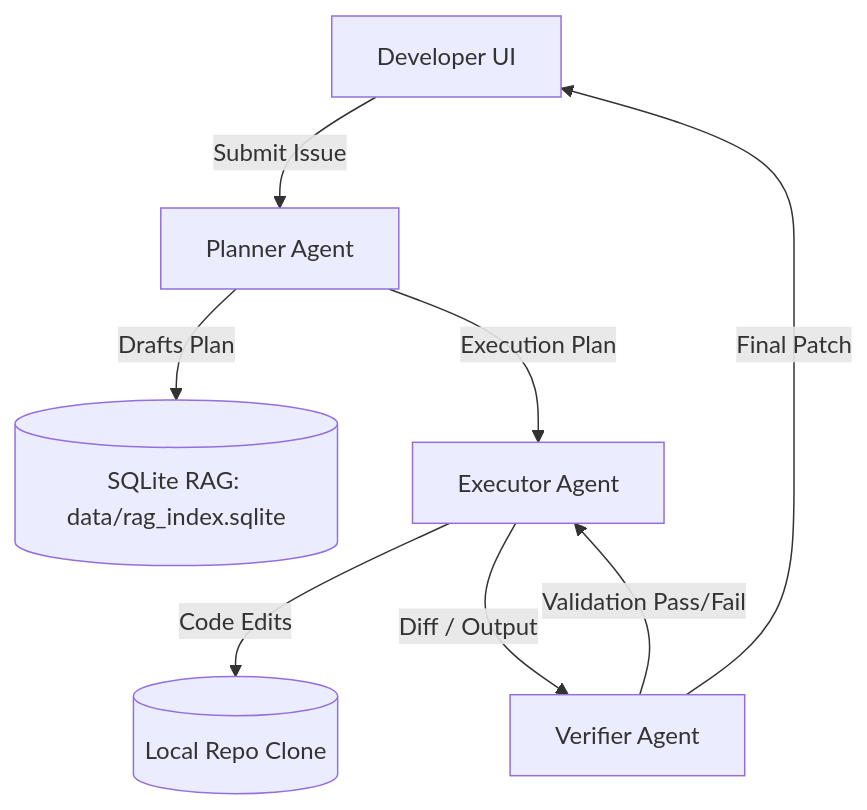
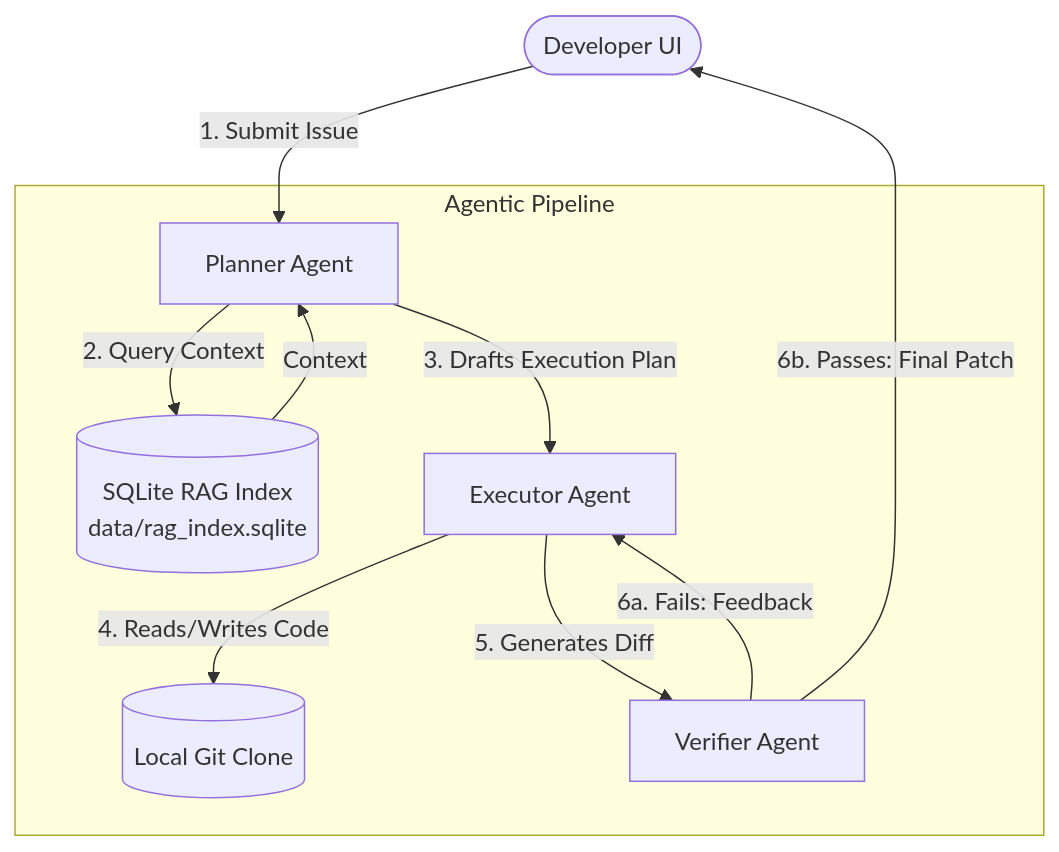
One commit to nik-shar/taskchain-orchestrator changed the diagram in README.md. Above: the diagram before and after it, drawn with Mermaid. The commit also changed other lines of this file, not shown here.

````diff
--- a/README.md
+++ b/README.md
@@ -30,10 +41,17 @@
 ```mermaid
 graph TD
-    User[Developer UI] -->|Submit Issue| Planner[Planner Agent]
-    Planner -->|Drafts Plan| DB[(SQLite RAG: data/rag_index.sqlite)]
-    Planner -->|Execution Plan| Executor[Executor Agent]
-    Executor -->|Code Edits| Repo[(Local Repo Clone)]
-    Executor -->|Diff / Output| Verifier[Verifier Agent]
-    Verifier -->|Validation Pass/Fail| Executor
-    Verifier -->|Final Patch| User
+    User([Developer UI]) -->|1. Submit Issue| Planner[Planner Agent]
+    
+    subgraph "Agentic Pipeline"
+        Planner -->|2. Query Context| DB[(SQLite RAG Index <br> data/rag_index.sqlite)]
+        DB -->|Context| Planner
+        Planner -->|3. Drafts Execution Plan| Executor[Executor Agent]
+        
+        Executor -->|4. Reads/Writes Code| Repo[(Local Git Clone)]
+        Executor -->|5. Generates Diff| Verifier[Verifier Agent]
+        
+        Verifier -->|6a. Fails: Feedback| Executor
+    end
+    
+    Verifier -->|6b. Passes: Final Patch| User
 ```
````
